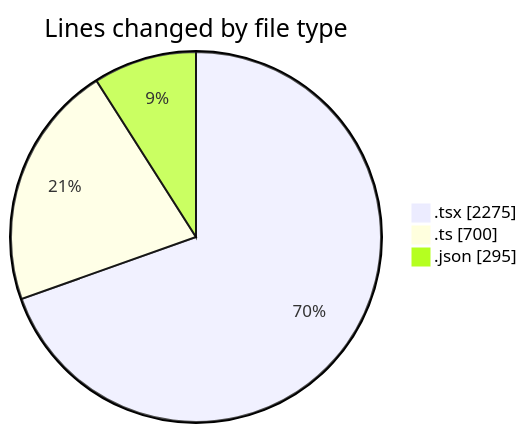
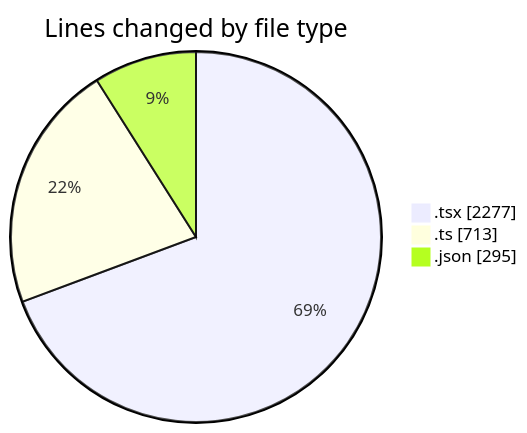
Before and after one commit to julien-gomy/code-tracking: the first of 2 diagrams in 2025-10-09/eventscop-frontend-guide__workspace_/README.md, drawn with Mermaid. The commit also changed other lines of this file and 1 other file, not shown here.

````diff
--- a/2025-10-09/eventscop-frontend-guide__workspace_/README.md
+++ b/2025-10-09/eventscop-frontend-guide__workspace_/README.md
@@ -37,7 +37,7 @@
 ```mermaid
 pie showData
 title Lines changed by file type
-".tsx" : 2275
-".ts" : 700
+".tsx" : 2277
+".ts" : 713
 ".json" : 295
 ```
````
